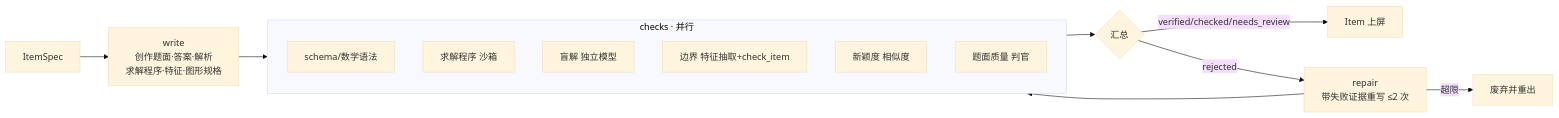
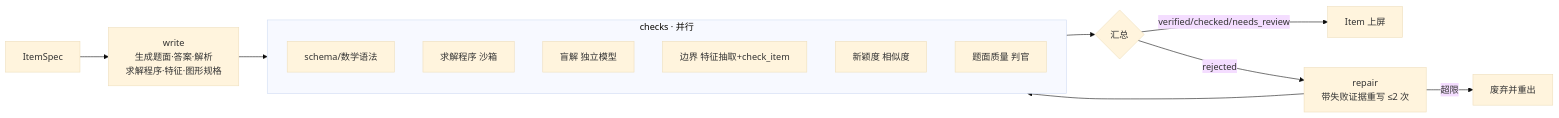
One commit to Scorpioyyy/verichalk changed the third of 3 diagrams in docs/architecture.md. Above: the diagram before and after it, drawn with Mermaid (base theme). The commit also changed other lines of this file and 1545 other files, not shown here.

````diff
--- a/docs/architecture.md
+++ b/docs/architecture.md
@@ -167,18 +167,18 @@
 ```mermaid
 flowchart LR
-  spec[ItemSpec] --> write[write<br/>创作题面·答案·解析<br/>求解程序·特征·图形规格]
+  spec[ItemSpec] --> write[write<br/>生成题面·答案·解析<br/>求解程序·特征·图形规格]
   write --> checks
   subgraph checks[checks · 并行]
     c1[schema/数学语法]
     c2[求解程序 沙箱]
     c3[盲解 独立模型]
     c4[边界 特征抽取+check_item]
     c5[新颖度 相似度]
     c6[题面质量 判官]
   end
   checks --> verdict{汇总}
   verdict -- verified/checked/needs_review --> done[Item 上屏]
   verdict -- rejected --> repair[repair<br/>带失败证据重写 ≤2 次]
   repair --> checks
   repair -- 超限 --> drop[废弃并重出]
 ```
````
